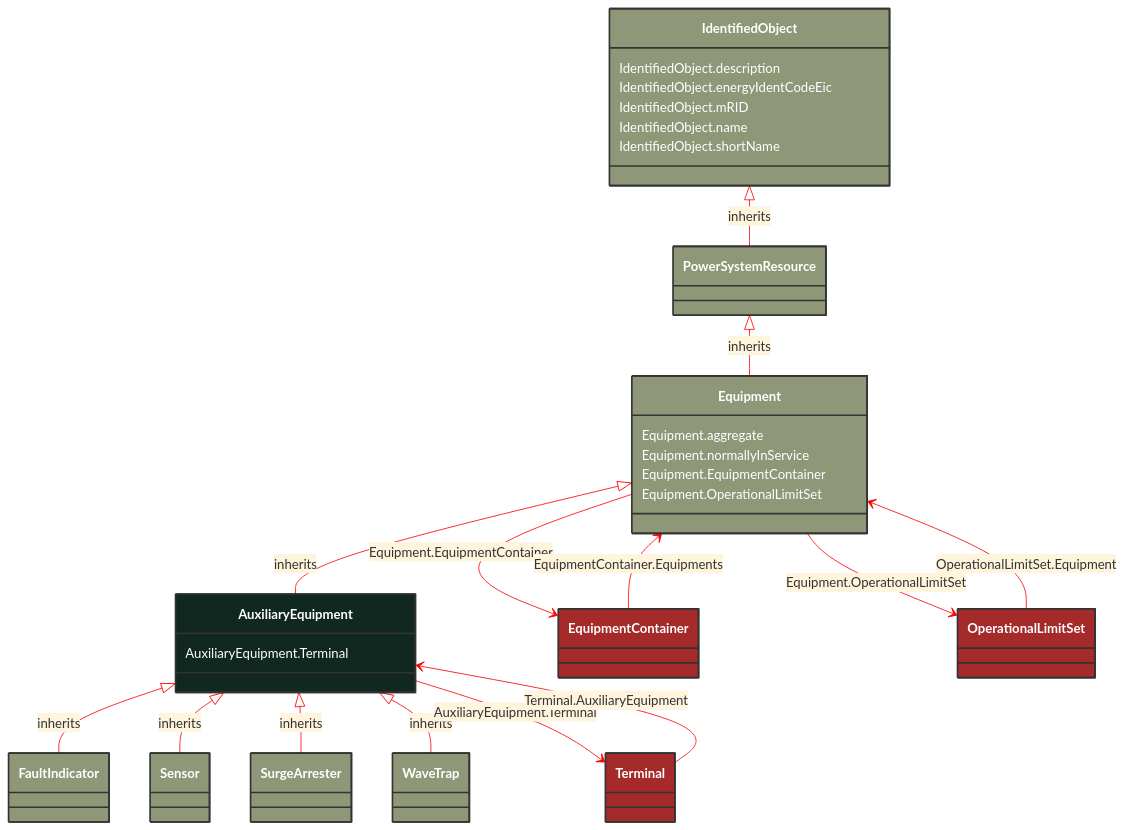
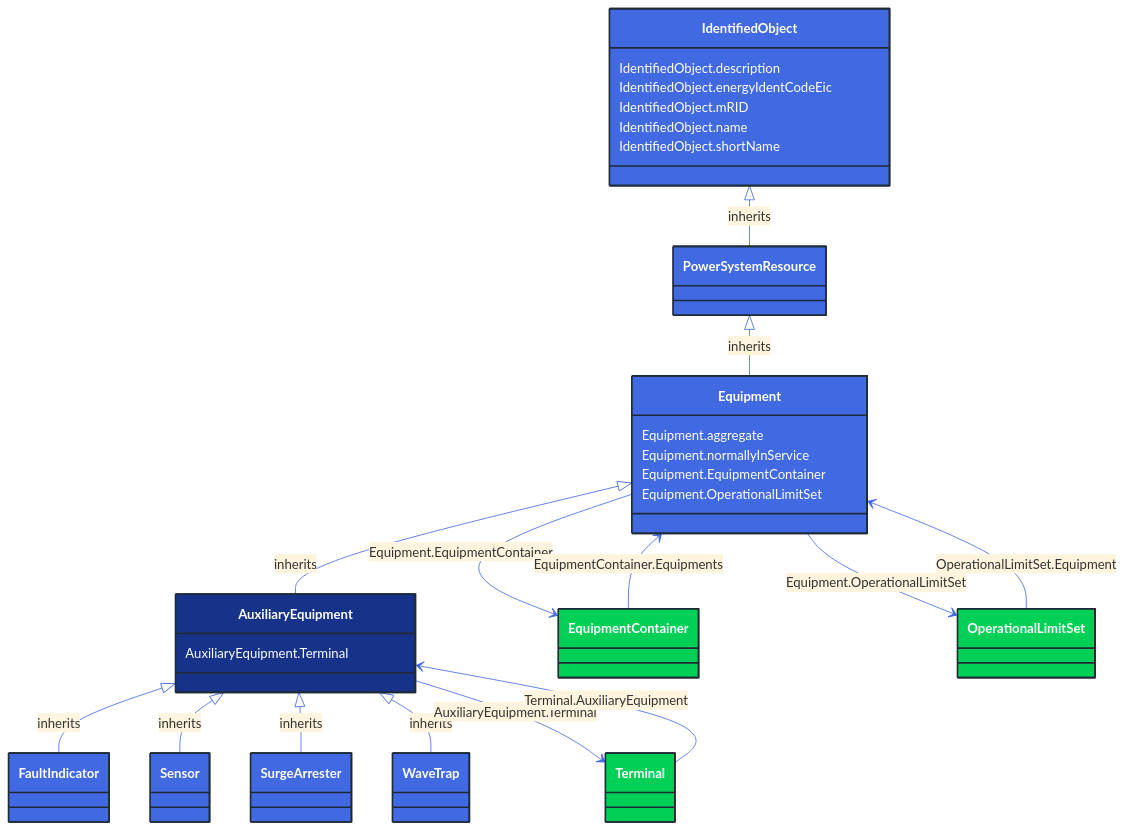
The diagram in docs/Models/Profiles/CoreEquipment/AbstractClasses/AuxiliaryEquipment.md (3lbits/NoCIMExtensions), drawn with Mermaid before and after one commit. The commit also changed 362 other files, not shown here.

First line of the commit message:
Update diagrams and styles for improved visual consistency

````diff
--- a/docs/Models/Profiles/CoreEquipment/AbstractClasses/AuxiliaryEquipment.md
+++ b/docs/Models/Profiles/CoreEquipment/AbstractClasses/AuxiliaryEquipment.md
@@ -11,79 +11,79 @@
 ```mermaid
-%%{init: {'theme':'base','themeVariables': {'lineColor': '#FF0000'}}}%%
+%%{init: {'theme':'base','themeVariables': {'lineColor': '#4169E1'}}}%%
 classDiagram
     class AuxiliaryEquipment
     click AuxiliaryEquipment href "/Models/Profiles/CoreEquipment/AbstractClasses/AuxiliaryEquipment/"
-    style AuxiliaryEquipment fill:#102820,stroke:#333,stroke-width:2px,rx:10,ry:10,color:white
+    style AuxiliaryEquipment fill:#163289,stroke:#1F2A37,stroke-width:2px,rx:10,ry:10,color:white
 
         AuxiliaryEquipment <|-- FaultIndicator : inherits
 
         FaultIndicator
             click FaultIndicator href "/Models/Profiles/CoreEquipment/ConcreteClasses/FaultIndicator/"
-            style FaultIndicator fill:#8F9779,stroke:#333,stroke-width:2px,rx:10,ry:10,color:white
+            style FaultIndicator fill:#4169E1,stroke:#1F2A37,stroke-width:2px,rx:10,ry:10,color:white
 
         AuxiliaryEquipment <|-- Sensor : inherits
 
         Sensor
             click Sensor href "/Models/Profiles/CoreEquipment/AbstractClasses/Sensor/"
-            style Sensor fill:#8F9779,stroke:#333,stroke-width:2px,rx:10,ry:10,color:white
+            style Sensor fill:#4169E1,stroke:#1F2A37,stroke-width:2px,rx:10,ry:10,color:white
 
         AuxiliaryEquipment <|-- SurgeArrester : inherits
 
         SurgeArrester
             click SurgeArrester href "/Models/Profiles/CoreEquipment/ConcreteClasses/SurgeArrester/"
-            style SurgeArrester fill:#8F9779,stroke:#333,stroke-width:2px,rx:10,ry:10,color:white
+            style SurgeArrester fill:#4169E1,stroke:#1F2A37,stroke-width:2px,rx:10,ry:10,color:white
 
         AuxiliaryEquipment <|-- WaveTrap : inherits
 
         WaveTrap
             click WaveTrap href "/Models/Profiles/CoreEquipment/ConcreteClasses/WaveTrap/"
-            style WaveTrap fill:#8F9779,stroke:#333,stroke-width:2px,rx:10,ry:10,color:white
+            style WaveTrap fill:#4169E1,stroke:#1F2A37,stroke-width:2px,rx:10,ry:10,color:white
      
         Equipment <|-- AuxiliaryEquipment : inherits
             click Equipment href "/Models/Profiles/CoreEquipment/AbstractClasses/Equipment/"
-            style Equipment fill:#8F9779,stroke:#333,stroke-width:2px,rx:10,ry:10,color:white
+            style Equipment fill:#4169E1,stroke:#1F2A37,stroke-width:2px,rx:10,ry:10,color:white
      
         PowerSystemResource <|-- Equipment : inherits
             click PowerSystemResource href "/Models/Profiles/CoreEquipment/AbstractClasses/PowerSystemResource/"
-            style PowerSystemResource fill:#8F9779,stroke:#333,stroke-width:2px,rx:10,ry:10,color:white
+            style PowerSystemResource fill:#4169E1,stroke:#1F2A37,stroke-width:2px,rx:10,ry:10,color:white
      
         IdentifiedObject <|-- PowerSystemResource : inherits
             click IdentifiedObject href "/Models/Profiles/CoreEquipment/AbstractClasses/IdentifiedObject/"
-            style IdentifiedObject fill:#8F9779,stroke:#333,stroke-width:2px,rx:10,ry:10,color:white
+            style IdentifiedObject fill:#4169E1,stroke:#1F2A37,stroke-width:2px,rx:10,ry:10,color:white
 
         AuxiliaryEquipment --> Terminal : AuxiliaryEquipment.Terminal
 
         Terminal
             click Terminal href "/Models/Profiles/CoreEquipment/ConcreteClasses/Terminal/"
-            style Terminal fill:#A52A2A,stroke:#333,stroke-width:2px,rx:10,ry:10,color:white
+            style Terminal fill:#00D156,stroke:#1F2A37,stroke-width:2px,rx:10,ry:10,color:white
         Equipment --> EquipmentContainer : Equipment.EquipmentContainer
 
         EquipmentContainer
             click EquipmentContainer href "/Models/Profiles/CoreEquipment/AbstractClasses/EquipmentContainer/"
-            style EquipmentContainer fill:#A52A2A,stroke:#333,stroke-width:2px,rx:10,ry:10,color:white
+            style EquipmentContainer fill:#00D156,stroke:#1F2A37,stroke-width:2px,rx:10,ry:10,color:white
         Equipment --> OperationalLimitSet : Equipment.OperationalLimitSet
 
         OperationalLimitSet
             click OperationalLimitSet href "/Models/Profiles/CoreEquipment/ConcreteClasses/OperationalLimitSet/"
-            style OperationalLimitSet fill:#A52A2A,stroke:#333,stroke-width:2px,rx:10,ry:10,color:white
+            style OperationalLimitSet fill:#00D156,stroke:#1F2A37,stroke-width:2px,rx:10,ry:10,color:white
 
         EquipmentContainer --> Equipment : EquipmentContainer.Equipments
 
         EquipmentContainer
             click EquipmentContainer href "/Models/Profiles/CoreEquipment/AbstractClasses/EquipmentContainer/"
-            style EquipmentContainer fill:#A52A2A,stroke:#333,stroke-width:2px,rx:10,ry:10,color:white
+            style EquipmentContainer fill:#00D156,stroke:#1F2A37,stroke-width:2px,rx:10,ry:10,color:white
 
         OperationalLimitSet --> Equipment : OperationalLimitSet.Equipment
 
         OperationalLimitSet
             click OperationalLimitSet href "/Models/Profiles/CoreEquipment/ConcreteClasses/OperationalLimitSet/"
-            style OperationalLimitSet fill:#A52A2A,stroke:#333,stroke-width:2px,rx:10,ry:10,color:white
+            style OperationalLimitSet fill:#00D156,stroke:#1F2A37,stroke-width:2px,rx:10,ry:10,color:white
 
         Terminal --> AuxiliaryEquipment : Terminal.AuxiliaryEquipment
 
         Terminal
             click Terminal href "/Models/Profiles/CoreEquipment/ConcreteClasses/Terminal/"
-            style Terminal fill:#A52A2A,stroke:#333,stroke-width:2px,rx:10,ry:10,color:white
+            style Terminal fill:#00D156,stroke:#1F2A37,stroke-width:2px,rx:10,ry:10,color:white
 
 
         AuxiliaryEquipment : AuxiliaryEquipment.Terminal
````
